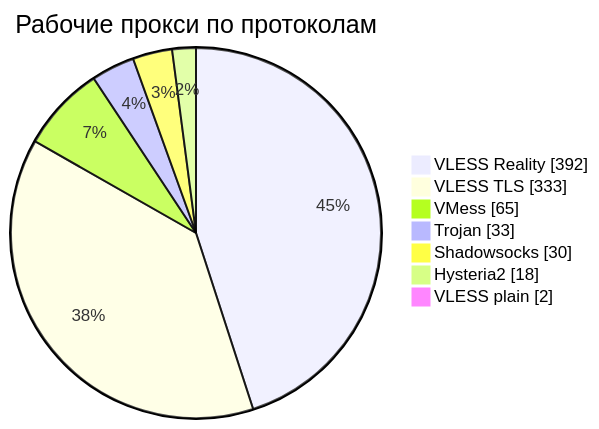
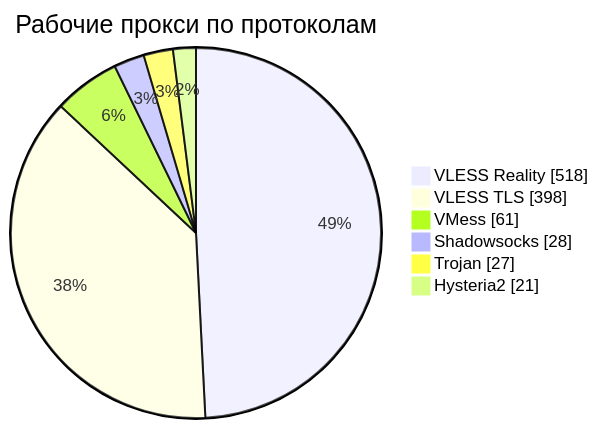
Before and after one commit to rvvg/proxy-subs: the third of 4 diagrams in README.md, drawn with Mermaid. The commit also changed other lines of this file and 49 other files, not shown here.

````diff
--- a/README.md
+++ b/README.md
@@ -138,11 +140,10 @@
 ```mermaid
 pie showData
     title Рабочие прокси по протоколам
-    "VLESS Reality" : 392
-    "VLESS TLS" : 333
-    "VMess" : 65
-    "Trojan" : 33
-    "Shadowsocks" : 30
-    "Hysteria2" : 18
-    "VLESS plain" : 2
+    "VLESS Reality" : 518
+    "VLESS TLS" : 398
+    "VMess" : 61
+    "Shadowsocks" : 28
+    "Trojan" : 27
+    "Hysteria2" : 21
 ```
````
